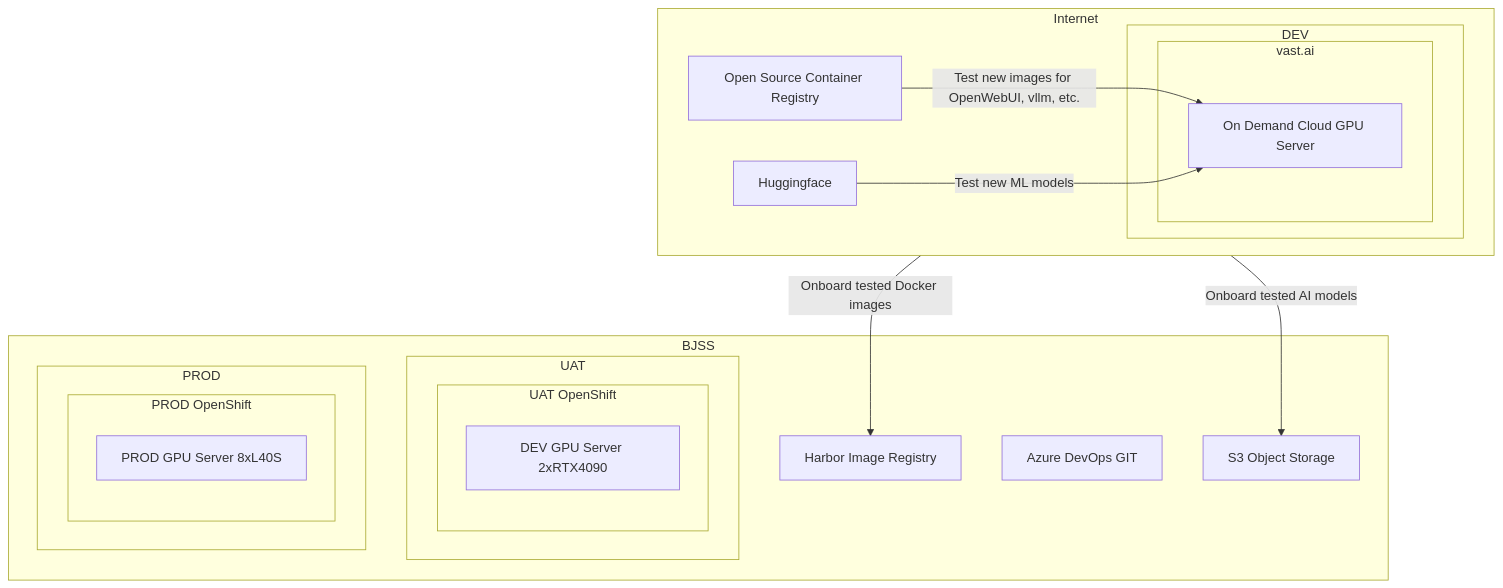
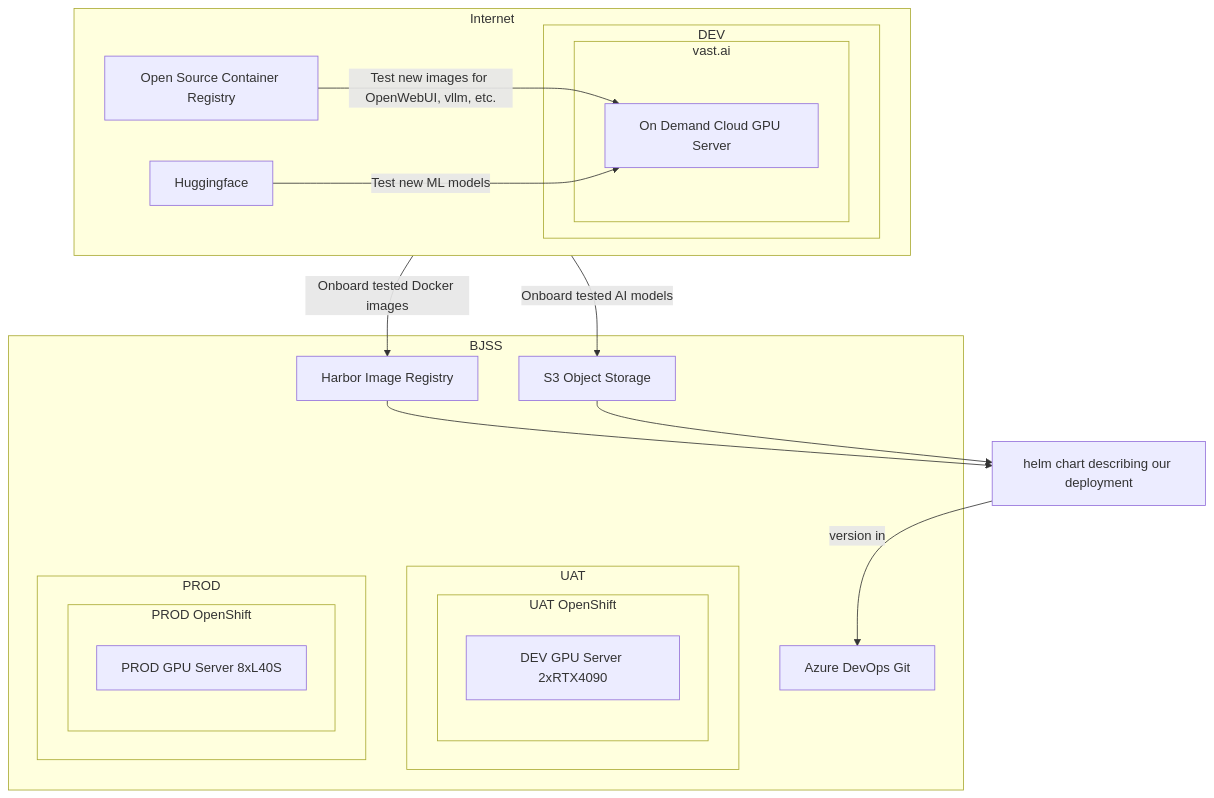
The second of 2 diagrams in README.md (tim-roethig/ai-platform), drawn with Mermaid before and after one commit.

````diff
--- a/README.md
+++ b/README.md
@@ -63,51 +63,56 @@
 ```mermaid
 graph TD
     A[Open Source Container Registry]
     HF[Huggingface]
     B[On Demand Cloud GPU Server]
+    HELM[helm chart describing our deployment]
     C[Harbor Image Registry]
-    D[Azure DevOps GIT]
+    D[Azure DevOps Git]
     S3[S3 Object Storage]
     E[DEV GPU Server 2xRTX4090]
     F[PROD GPU Server 8xL40S]
 
     subgraph VAST_AI[vast.ai]
         B
     end
     subgraph UAT_OC[UAT OpenShift]
         E
     end
     subgraph PROD_OC[PROD OpenShift]
         F
     end
 
     subgraph DEV[DEV]
         VAST_AI
     end
     subgraph UAT[UAT]
         UAT_OC
     end
     subgraph PROD[PROD]
         PROD_OC
     end
 
     subgraph BJSS[BJSS]
         C
         D
         S3
         UAT
         PROD
     end
 
     subgraph Internet[Internet]
         A
         HF
         DEV
     end
 
     A -- Test new images for OpenWebUI, vllm, etc. --> B
     HF -- Test new ML models --> B
 
     Internet -- Onboard tested Docker images --> C
     Internet -- Onboard tested AI models --> S3
+
+    HELM -- version in --> D
+    C --> HELM
+    S3 --> HELM
 ```
````
